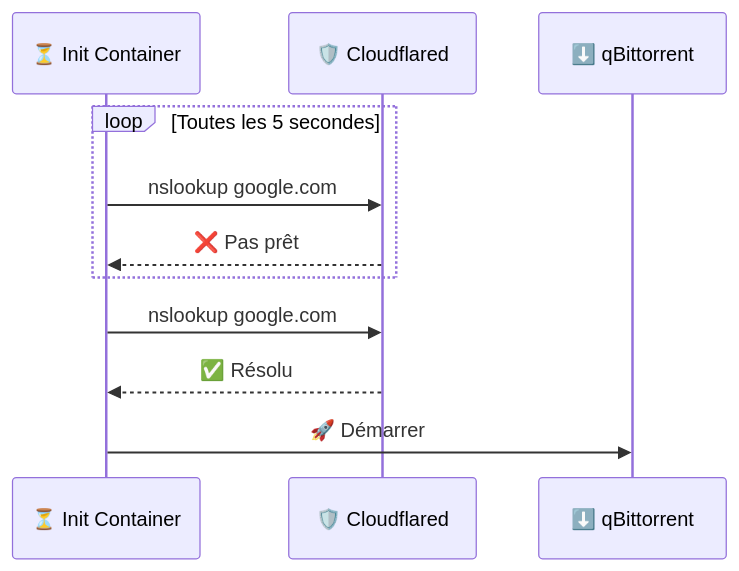
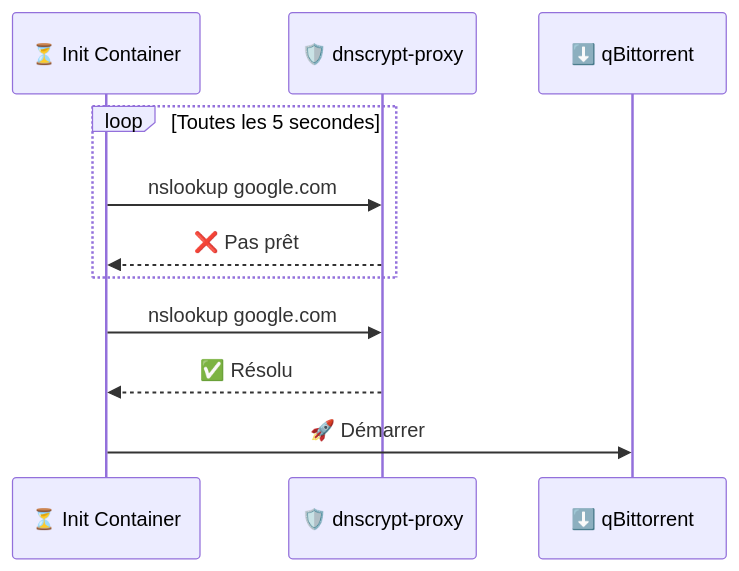
Before and after one commit to muchiny/media-stack-k8s: the third of 4 diagrams in charts/qbittorrent/README.md, drawn with Mermaid. The commit also changed other lines of this file and 5 other files, not shown here.

First line of the commit message:
fix: Coherence fixes for dnscrypt-proxy chart

````diff
--- a/charts/qbittorrent/README.md
+++ b/charts/qbittorrent/README.md
@@ -121,14 +121,14 @@
 ```mermaid
 sequenceDiagram
     participant Init as ⏳ Init Container
-    participant CF as 🛡️ Cloudflared
+    participant DNS as 🛡️ dnscrypt-proxy
     participant QB as ⬇️ qBittorrent
 
     loop Toutes les 5 secondes
-        Init->>CF: nslookup google.com
-        CF-->>Init: ❌ Pas prêt
+        Init->>DNS: nslookup google.com
+        DNS-->>Init: ❌ Pas prêt
     end
-    Init->>CF: nslookup google.com
-    CF-->>Init: ✅ Résolu
+    Init->>DNS: nslookup google.com
+    DNS-->>Init: ✅ Résolu
     Init->>QB: 🚀 Démarrer
 ```
````
